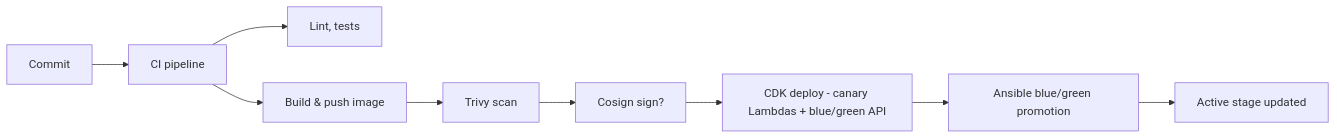
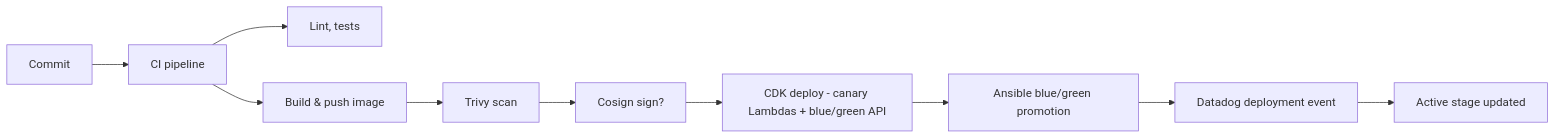
One commit to hoangsonww/SymptomSync-Health-App changed the first of 3 diagrams in DEPLOYMENTS.md. Above: the diagram before and after it, drawn with Mermaid. The commit also changed other lines of this file and 23 other files, not shown here.

````diff
--- a/DEPLOYMENTS.md
+++ b/DEPLOYMENTS.md
@@ -31,11 +31,12 @@
 ```mermaid
 flowchart LR
   Commit --> Jenkins[CI pipeline]
   Jenkins --> LintTests[Lint, tests]
   Jenkins --> BuildImg[Build & push image]
   BuildImg --> Scan[Trivy scan]
   Scan --> Sign[Cosign sign?]
   Sign --> CDK[CDK deploy - canary Lambdas + blue/green API]
   CDK --> Promote[Ansible blue/green promotion]
-  Promote --> Live[Active stage updated]
+  Promote --> DDEvent[Datadog deployment event]
+  DDEvent --> Live[Active stage updated]
 ```
````
